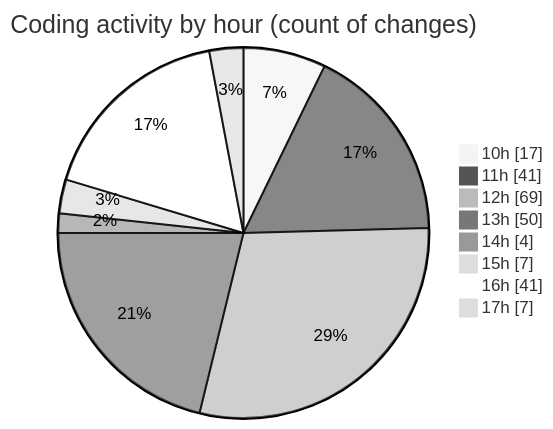
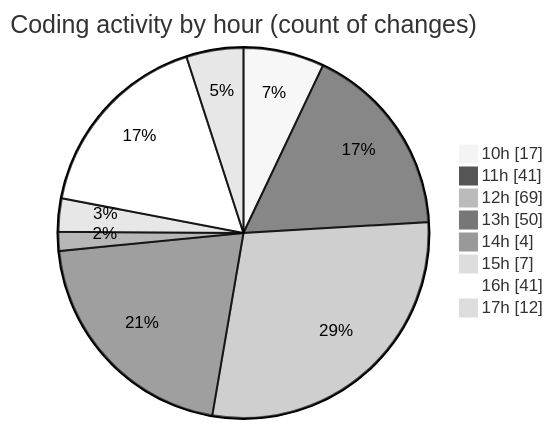
The second of 2 diagrams in 2025-10-06/cda/README.md (momahboobian/code-tracking), drawn with Mermaid (neutral theme) before and after one commit. The commit also changed other lines of this file and 1 other file, not shown here.

````diff
--- a/2025-10-06/cda/README.md
+++ b/2025-10-06/cda/README.md
@@ -38,12 +39,12 @@
 ```mermaid
 pie showData
 title Coding activity by hour (count of changes)
 "10h" : 17
 "11h" : 41
 "12h" : 69
 "13h" : 50
 "14h" : 4
 "15h" : 7
 "16h" : 41
-"17h" : 7
+"17h" : 12
 ```
````
